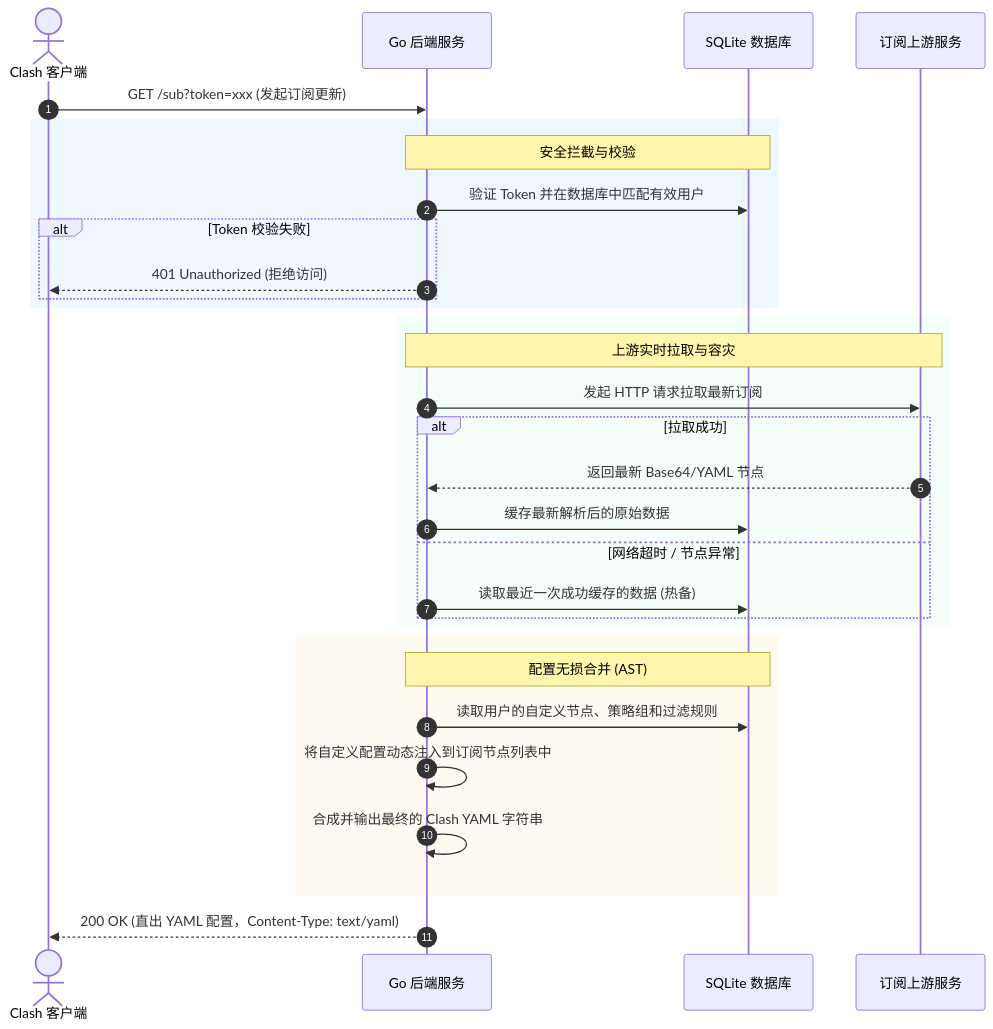
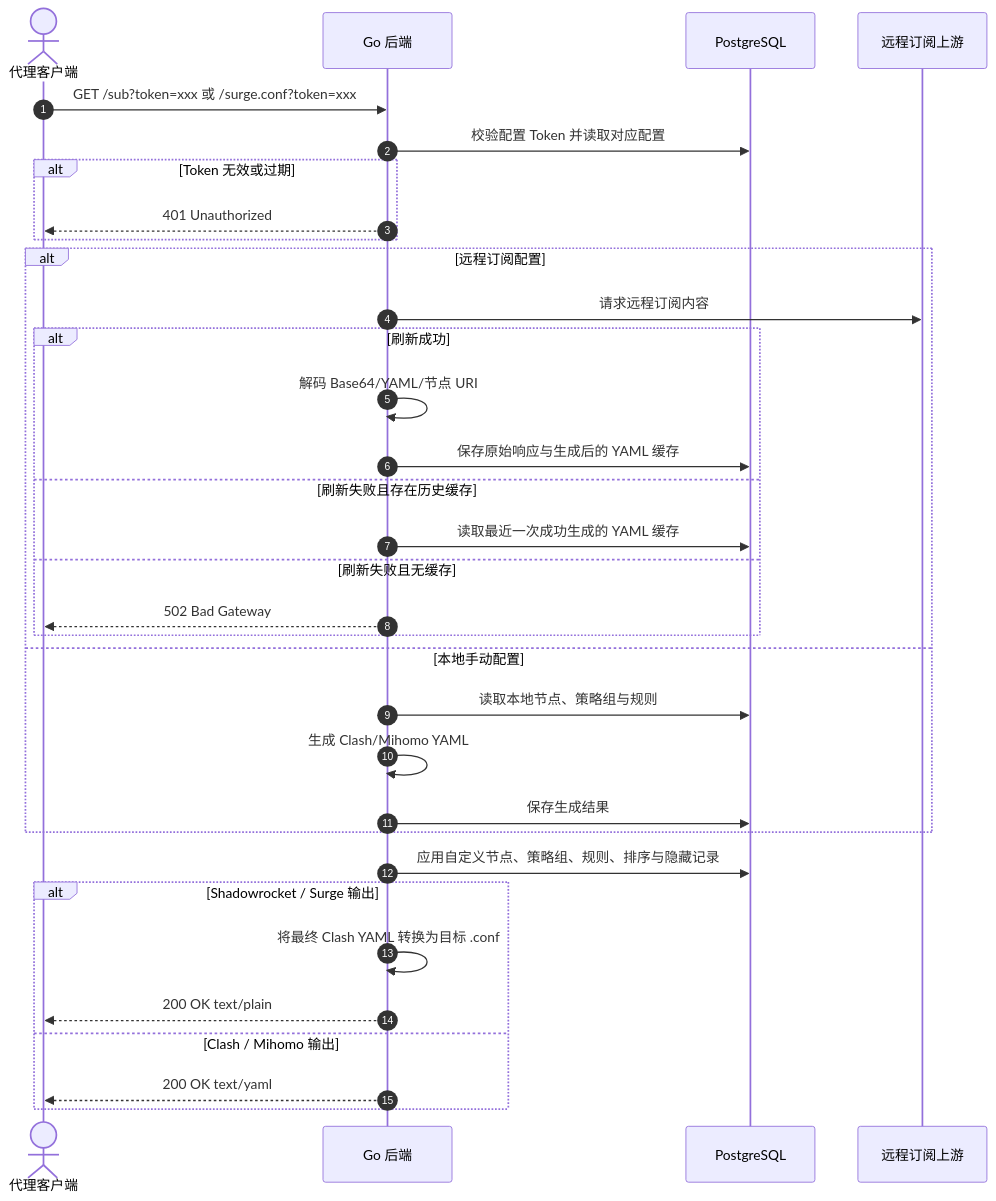
Before and after one commit to mangobubu/clash_subscription_decoder: the diagram in README.md, drawn with Mermaid. The commit also changed other lines of this file and 1 other file, not shown here.

````diff
--- a/README.md
+++ b/README.md
@@ -34,37 +41,38 @@
 ```mermaid
 sequenceDiagram
     autonumber
-    actor Client as Clash 客户端
-    participant Server as Go 后端服务
-    participant DB as SQLite 数据库
-    participant Upper as 订阅上游服务
+    actor Client as 代理客户端
+    participant Server as Go 后端
+    participant DB as PostgreSQL
+    participant Upper as 远程订阅上游
 
-    Client->>Server: GET /sub?token=xxx (发起订阅更新)
-    rect rgb(240, 248, 255)
-        note over Server, DB: 安全拦截与校验
-        Server->>DB: 验证 Token 并在数据库中匹配有效用户
-        alt Token 校验失败
-            Server-->>Client: 401 Unauthorized (拒绝访问)
-        end
-    end
-    
-    rect rgb(245, 255, 250)
-        note over Server, Upper: 上游实时拉取与容灾
-        Server->>Upper: 发起 HTTP 请求拉取最新订阅
-        alt 拉取成功
-            Upper-->>Server: 返回最新 Base64/YAML 节点
-            Server->>DB: 缓存最新解析后的原始数据
-        else 网络超时 / 节点异常
-            Server->>DB: 读取最近一次成功缓存的数据 (热备)
-        end
+    Client->>Server: GET /sub?token=xxx 或 /surge.conf?token=xxx
+    Server->>DB: 校验配置 Token 并读取对应配置
+    alt Token 无效或过期
+        Server-->>Client: 401 Unauthorized
     end
 
-    rect rgb(255, 250, 240)
-        note over Server, DB: 配置无损合并 (AST)
-        Server->>DB: 读取用户的自定义节点、策略组和过滤规则
-        Server->>Server: 将自定义配置动态注入到订阅节点列表中
-        Server->>Server: 合成并输出最终的 Clash YAML 字符串
+    alt 远程订阅配置
+        Server->>Upper: 请求远程订阅内容
+        alt 刷新成功
+            Server->>Server: 解码 Base64/YAML/节点 URI
+            Server->>DB: 保存原始响应与生成后的 YAML 缓存
+        else 刷新失败且存在历史缓存
+            Server->>DB: 读取最近一次成功生成的 YAML 缓存
+        else 刷新失败且无缓存
+            Server-->>Client: 502 Bad Gateway
+        end
+    else 本地手动配置
+        Server->>DB: 读取本地节点、策略组与规则
+        Server->>Server: 生成 Clash/Mihomo YAML
+        Server->>DB: 保存生成结果
     end
-    
-    Server-->>Client: 200 OK (直出 YAML 配置，Content-Type: text/yaml)
+
+    Server->>DB: 应用自定义节点、策略组、规则、排序与隐藏记录
+    alt Shadowrocket / Surge 输出
+        Server->>Server: 将最终 Clash YAML 转换为目标 .conf
+        Server-->>Client: 200 OK text/plain
+    else Clash / Mihomo 输出
+        Server-->>Client: 200 OK text/yaml
+    end
 ```
````
